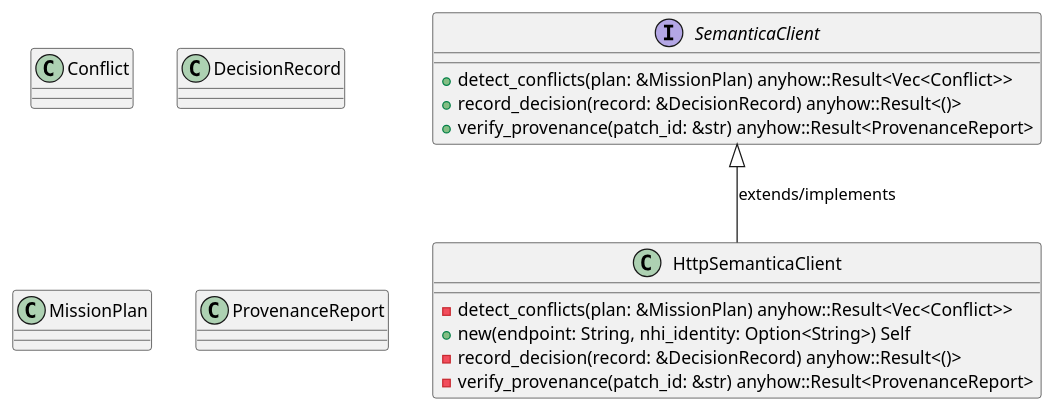
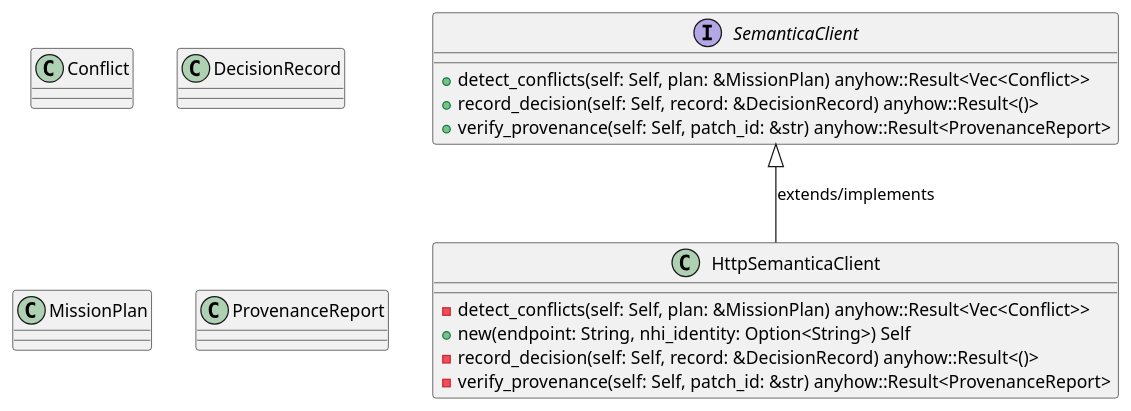
Before and after one commit to lgcorzo/rust_CACD_autonomous_factory: the first of 6 diagrams in openwiki/crates_factory_infrastructure_src_semantica.md, drawn with PlantUML. The commit also changed other lines of this file and 95 other files, not shown here.

````diff
--- a/openwiki/crates_factory_infrastructure_src_semantica.md
+++ b/openwiki/crates_factory_infrastructure_src_semantica.md
@@ -288,25 +291,25 @@
 ```plantuml
 @startuml
 class Conflict {
 }
 class DecisionRecord {
 }
 class HttpSemanticaClient {
-    -detect_conflicts(plan: &MissionPlan) anyhow::Result<Vec<Conflict>>
+    -detect_conflicts(self: Self, plan: &MissionPlan) anyhow::Result<Vec<Conflict>>
     +new(endpoint: String, nhi_identity: Option<String>) Self
-    -record_decision(record: &DecisionRecord) anyhow::Result<()>
-    -verify_provenance(patch_id: &str) anyhow::Result<ProvenanceReport>
+    -record_decision(self: Self, record: &DecisionRecord) anyhow::Result<()>
+    -verify_provenance(self: Self, patch_id: &str) anyhow::Result<ProvenanceReport>
 }
 SemanticaClient <|-- HttpSemanticaClient : extends/implements
 class MissionPlan {
 }
 class ProvenanceReport {
 }
 interface SemanticaClient {
-    +detect_conflicts(plan: &MissionPlan) anyhow::Result<Vec<Conflict>>
-    +record_decision(record: &DecisionRecord) anyhow::Result<()>
-    +verify_provenance(patch_id: &str) anyhow::Result<ProvenanceReport>
+    +detect_conflicts(self: Self, plan: &MissionPlan) anyhow::Result<Vec<Conflict>>
+    +record_decision(self: Self, record: &DecisionRecord) anyhow::Result<()>
+    +verify_provenance(self: Self, patch_id: &str) anyhow::Result<ProvenanceReport>
 }
 @enduml
 
 ```
````
